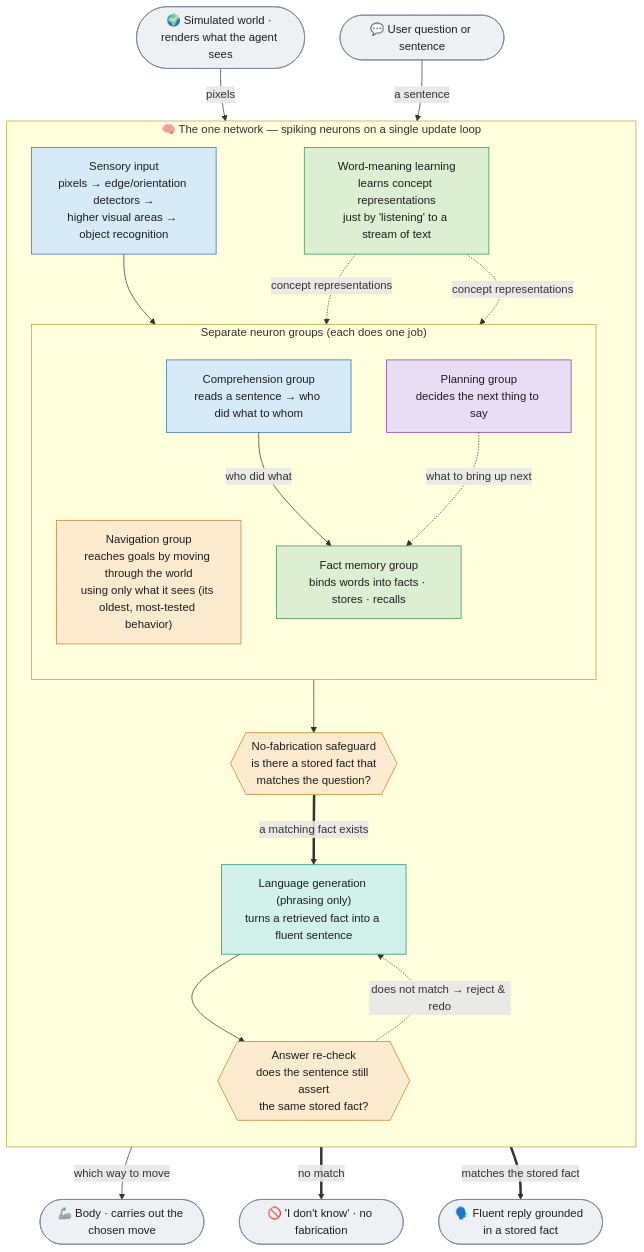
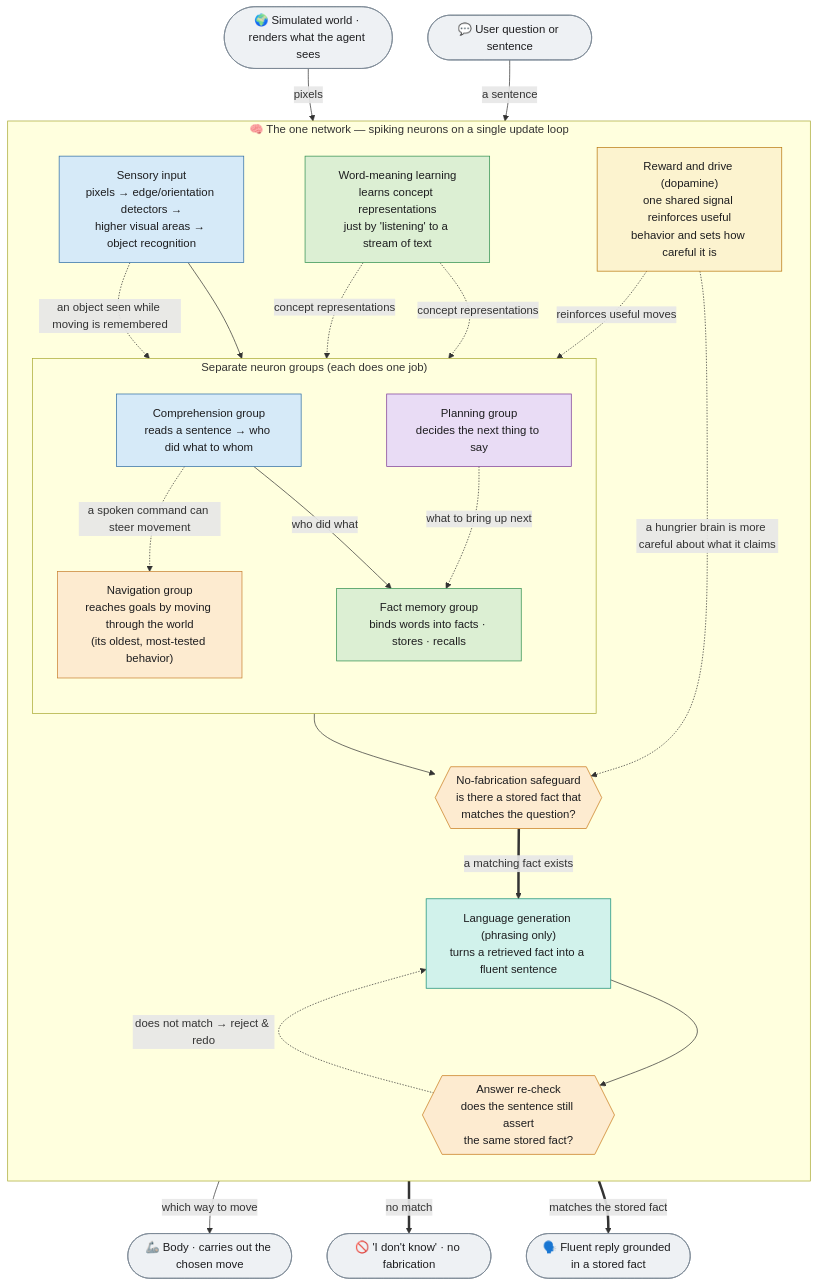
Before and after one commit to danthi123/neural-simulator: the first of 4 diagrams in docs/diagrams/brain_architecture_current.md, drawn with Mermaid. The commit also changed other lines of this file and 14 other files, not shown here.

````diff
--- a/docs/diagrams/brain_architecture_current.md
+++ b/docs/diagrams/brain_architecture_current.md
@@ -50,58 +50,67 @@
 ```mermaid
 flowchart TB
     World([🌍 Simulated world · renders what the agent sees]):::io
     UserQ([💬 User question or sentence]):::io
 
     subgraph NET["🧠 The one network — spiking neurons on a single update loop"]
       direction TB
 
       SENSE["Sensory input<br/>pixels → edge/orientation detectors →<br/>higher visual areas → object recognition"]:::sense
 
       subgraph GROUPS["Separate neuron groups (each does one job)"]
         direction TB
-        NAVG["Navigation group<br/>reaches goals by moving through the world<br/>using only what it sees (its oldest, most-tested behavior)"]:::nav
+        NAVG["Navigation group<br/>reaches goals by moving through the world<br/>(its oldest, most-tested behavior)"]:::nav
         COMPG["Comprehension group<br/>reads a sentence → who did what to whom"]:::conv
         MEMG["Fact memory group<br/>binds words into facts · stores · recalls"]:::mem
         PLANG["Planning group<br/>decides the next thing to say"]:::plan
       end
 
       LEARN["Word-meaning learning<br/>learns concept representations<br/>just by 'listening' to a stream of text"]:::learn
+
+      DRIVE["Reward and drive (dopamine)<br/>one shared signal reinforces useful<br/>behavior and sets how careful it is"]:::reward
 
       SAFE{{"No-fabrication safeguard<br/>is there a stored fact that<br/>matches the question?"}}:::moat
 
       GEN["Language generation (phrasing only)<br/>turns a retrieved fact into a fluent sentence"]:::gen
       RECHK{{"Answer re-check<br/>does the sentence still assert<br/>the same stored fact?"}}:::moat
     end
 
     Body([🦾 Body · carries out the chosen move]):::io
     Reply([🗣️ Fluent reply grounded in a stored fact]):::io
     IDK([🚫 'I don't know' · no fabrication]):::io
 
     %% wiring
     World -->|pixels| SENSE
     SENSE --> NAVG
     NAVG -->|which way to move| Body
 
     UserQ -->|a sentence| COMPG
     COMPG -->|who did what| MEMG
     LEARN -.->|concept representations| MEMG
     LEARN -.->|concept representations| COMPG
     MEMG --> SAFE
     PLANG -.->|what to bring up next| MEMG
 
+    %% one shared core + the validated cross-region links that make it "one brain"
+    COMPG -.->|a spoken command can steer movement| NAVG
+    SENSE -.->|an object seen while moving is remembered| MEMG
+    DRIVE -.->|reinforces useful moves| NAVG
+    DRIVE -.->|a hungrier brain is more careful about what it claims| SAFE
+
     SAFE ==>|a matching fact exists| GEN
     SAFE ==>|no match| IDK
     GEN --> RECHK
     RECHK ==>|matches the stored fact| Reply
     RECHK -.->|does not match → reject & redo| GEN
 
     classDef io fill:#eef1f4,stroke:#7a8794,color:#1d1d1f;
     classDef sense fill:#d6eaf8,stroke:#2e6da4,color:#1d1d1f;
     classDef nav fill:#fdebd0,stroke:#c87f2e,color:#1d1d1f;
     classDef conv fill:#d6eaf8,stroke:#2e6da4,color:#1d1d1f;
     classDef mem fill:#dcefd3,stroke:#2f8f4e,color:#1d1d1f;
     classDef plan fill:#e9dcf5,stroke:#7d3c98,color:#1d1d1f;
     classDef learn fill:#dcefd3,stroke:#2f8f4e,color:#1d1d1f;
     classDef moat fill:#fdebd0,stroke:#c8791a,color:#1d1d1f;
     classDef gen fill:#d1f2eb,stroke:#138d75,color:#1d1d1f;
+    classDef reward fill:#fcf3cf,stroke:#b9770e,color:#1d1d1f;
 ```
````
